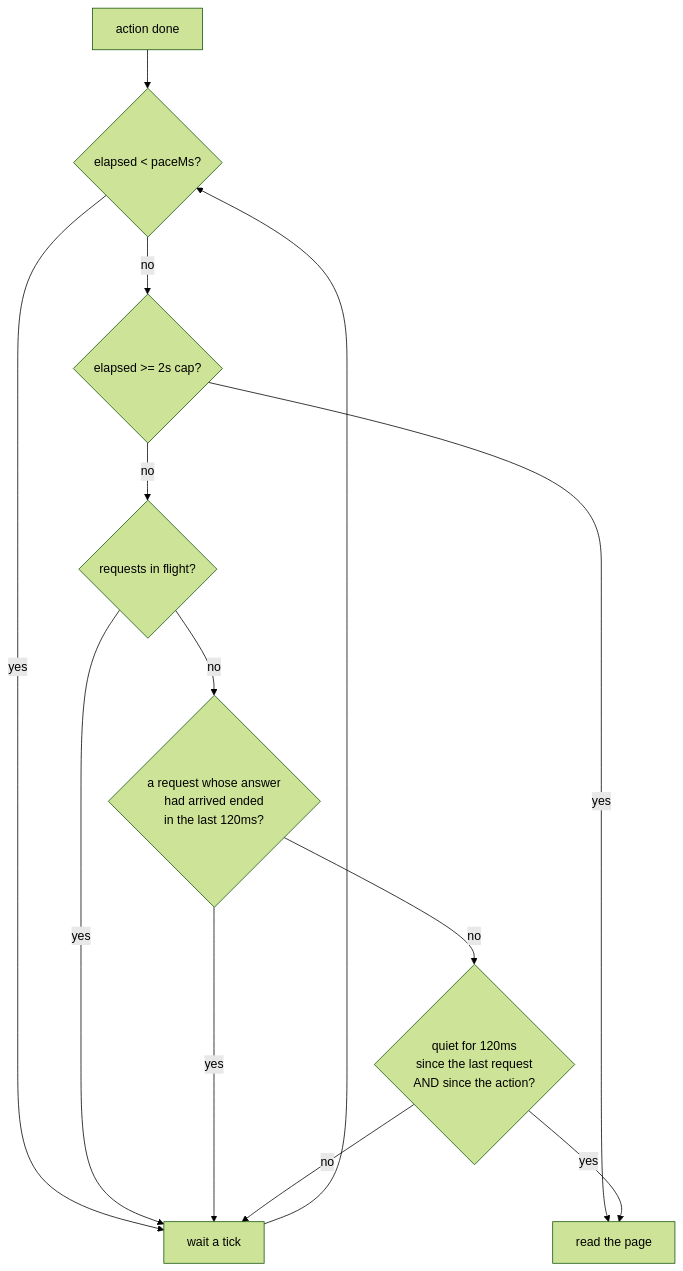
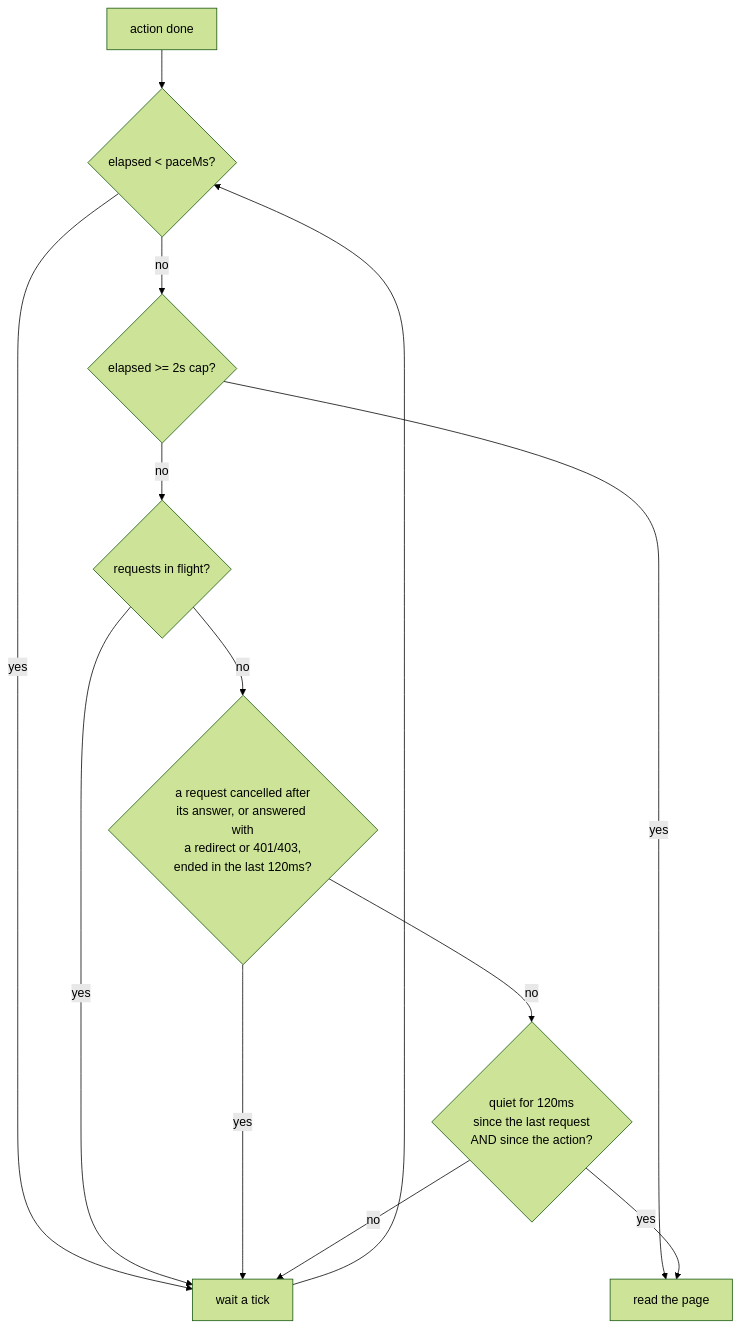
One commit to brunoboto96/SceneScout changed the third of 9 diagrams in docs/how-it-works.md. Above: the diagram before and after it, drawn with Mermaid (forest theme). The commit also changed other lines of this file and 5 other files, not shown here.

````diff
--- a/docs/how-it-works.md
+++ b/docs/how-it-works.md
@@ -90,15 +90,15 @@
 ```mermaid
 flowchart TD
     A[action done] --> B{elapsed < paceMs?}
     B -->|yes| W[wait a tick]
     B -->|no| C{elapsed >= 2s cap?}
     C -->|yes| R[read the page]
     C -->|no| D{requests in flight?}
     D -->|yes| W
-    D -->|no| X{a request whose answer<br/>had arrived ended<br/>in the last 120ms?}
+    D -->|no| X{a request cancelled after<br/>its answer, or answered with<br/>a redirect or 401/403,<br/>ended in the last 120ms?}
     X -->|yes| W
     X -->|no| E{quiet for 120ms<br/>since the last request<br/>AND since the action?}
     E -->|no| W
     E -->|yes| R
     W --> B
 ```
````
